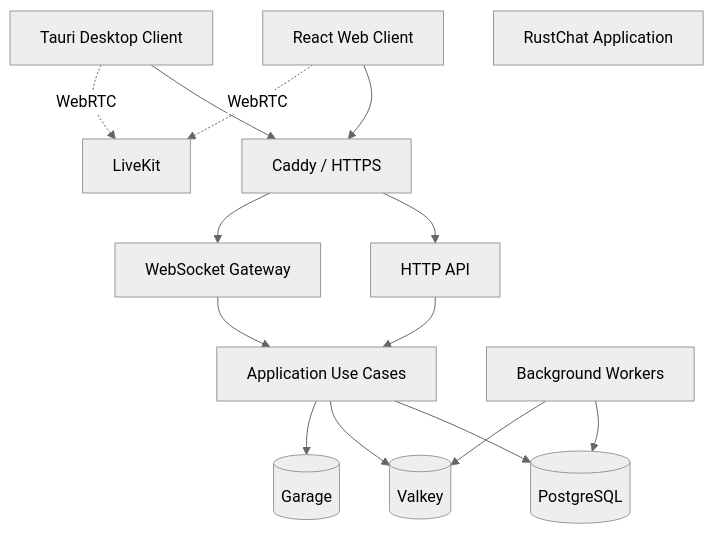
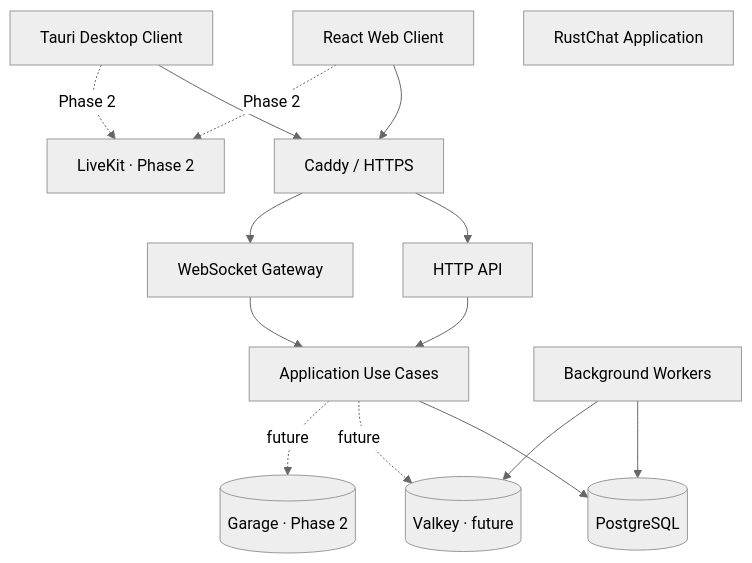
The diagram in docs/ARCHITECTURE.md (SimonZarni/RustChat), drawn with Mermaid (neutral theme) before and after one commit. The commit also changed other lines of this file and 18 other files, not shown here.

````diff
--- a/docs/ARCHITECTURE.md
+++ b/docs/ARCHITECTURE.md
@@ -21,29 +21,29 @@
 ```mermaid
 flowchart TB
     WEB[React Web Client]
     DESKTOP[Tauri Desktop Client]
     PROXY[Caddy / HTTPS]
     API[RustChat Application]
     HTTP[HTTP API]
     WS[WebSocket Gateway]
     APP[Application Use Cases]
     WORKER[Background Workers]
     DB[(PostgreSQL)]
-    CACHE[(Valkey)]
-    STORE[(Garage)]
-    MEDIA[LiveKit]
+    CACHE[(Valkey · future)]
+    STORE[(Garage · Phase 2)]
+    MEDIA[LiveKit · Phase 2]
 
     WEB --> PROXY
     DESKTOP --> PROXY
     PROXY --> HTTP
     PROXY --> WS
     HTTP --> APP
     WS --> APP
     APP --> DB
-    APP --> CACHE
-    APP --> STORE
+    APP -. future .-> CACHE
+    APP -. future .-> STORE
     WORKER --> DB
     WORKER --> CACHE
-    WEB -. WebRTC .-> MEDIA
-    DESKTOP -. WebRTC .-> MEDIA
+    WEB -. Phase 2 .-> MEDIA
+    DESKTOP -. Phase 2 .-> MEDIA
 ```
````
